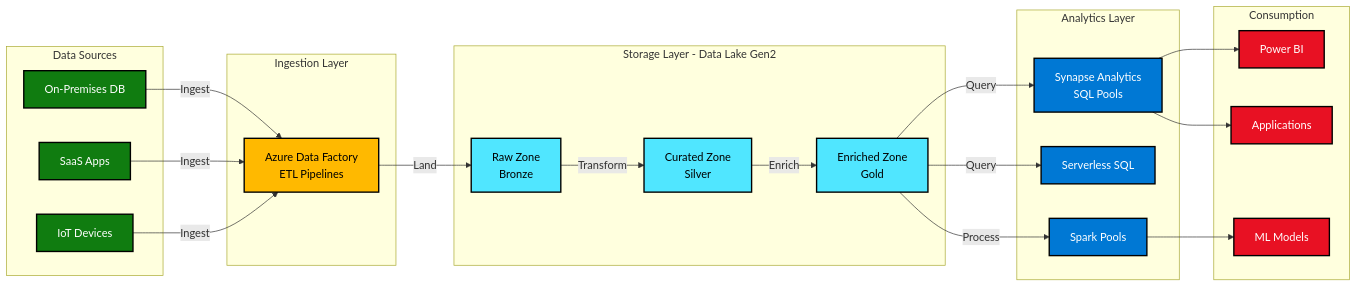
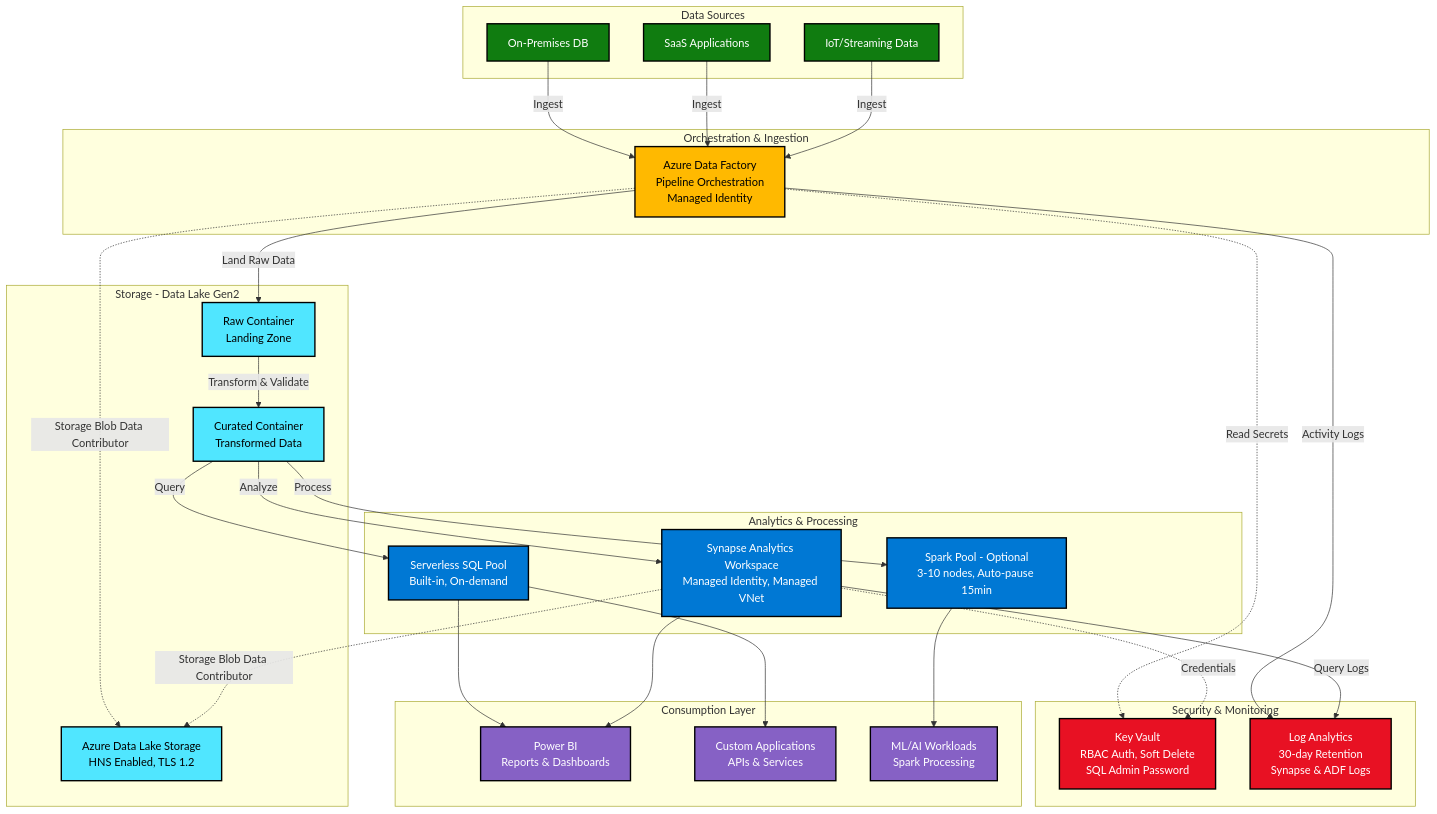
One commit to chrisdoofer/Azure-Infra-Demos changed the diagram in patterns/data-analytics-pipeline/architecture.mmd. Above: the diagram before and after it, drawn with Mermaid. The commit also changed 7 other files, not shown here.

First line of the commit message:
feat: Wave 4 — complete data-analytics-pipeline (8/8 patterns done!)

```diff
--- a/patterns/data-analytics-pipeline/architecture.mmd
+++ b/patterns/data-analytics-pipeline/architecture.mmd
@@ -1,56 +1,72 @@
-graph LR
+graph TB
     subgraph "Data Sources"
         SRC1[On-Premises DB]
-        SRC2[SaaS Apps]
-        SRC3[IoT Devices]
+        SRC2[SaaS Applications]
+        SRC3[IoT/Streaming Data]
     end
     
-    subgraph "Ingestion Layer"
-        ADF[Azure Data Factory<br/>ETL Pipelines]
+    subgraph "Orchestration & Ingestion"
+        ADF[Azure Data Factory<br/>Pipeline Orchestration<br/>Managed Identity]
     end
     
-    subgraph "Storage Layer - Data Lake Gen2"
-        RAW[Raw Zone<br/>Bronze]
-        CURATED[Curated Zone<br/>Silver]
-        ENRICHED[Enriched Zone<br/>Gold]
+    subgraph "Storage - Data Lake Gen2"
+        ADLS[Azure Data Lake Storage<br/>HNS Enabled, TLS 1.2]
+        RAW[Raw Container<br/>Landing Zone]
+        CURATED[Curated Container<br/>Transformed Data]
     end
     
-    subgraph "Analytics Layer"
-        SYNAPSE[Synapse Analytics<br/>SQL Pools]
-        SERVERLESS[Serverless SQL]
-        SPARK[Spark Pools]
+    subgraph "Analytics & Processing"
+        SYNAPSE[Synapse Analytics Workspace<br/>Managed Identity, Managed VNet]
+        SERVERLESS[Serverless SQL Pool<br/>Built-in, On-demand]
+        SPARK[Spark Pool - Optional<br/>3-10 nodes, Auto-pause 15min]
     end
     
-    subgraph "Consumption"
-        POWERBI[Power BI]
-        ML[ML Models]
-        APPS[Applications]
+    subgraph "Security & Monitoring"
+        KV[Key Vault<br/>RBAC Auth, Soft Delete<br/>SQL Admin Password]
+        LAW[Log Analytics<br/>30-day Retention<br/>Synapse & ADF Logs]
+    end
+    
+    subgraph "Consumption Layer"
+        POWERBI[Power BI<br/>Reports & Dashboards]
+        APPS[Custom Applications<br/>APIs & Services]
+        ML[ML/AI Workloads<br/>Spark Processing]
     end
     
     SRC1 -->|Ingest| ADF
     SRC2 -->|Ingest| ADF
     SRC3 -->|Ingest| ADF
     
-    ADF -->|Land| RAW
-    RAW -->|Transform| CURATED
-    CURATED -->|Enrich| ENRICHED
+    ADF -->|Land Raw Data| RAW
+    RAW -->|Transform & Validate| CURATED
     
-    ENRICHED -->|Query| SYNAPSE
-    ENRICHED -->|Query| SERVERLESS
-    ENRICHED -->|Process| SPARK
+    CURATED -->|Query| SERVERLESS
+    CURATED -->|Process| SPARK
+    CURATED -->|Analyze| SYNAPSE
     
+    SERVERLESS --> POWERBI
+    SERVERLESS --> APPS
+    SPARK --> ML
     SYNAPSE --> POWERBI
-    SYNAPSE --> APPS
-    SPARK --> ML
+    
+    ADF -.->|Read Secrets| KV
+    SYNAPSE -.->|Credentials| KV
+    
+    ADF -->|Activity Logs| LAW
+    SYNAPSE -->|Query Logs| LAW
+    
+    ADF -.->|Storage Blob Data Contributor| ADLS
+    SYNAPSE -.->|Storage Blob Data Contributor| ADLS
     
     classDef source fill:#107C10,stroke:#000,stroke-width:2px,color:#fff
-    classDef etl fill:#FFB900,stroke:#000,stroke-width:2px,color:#000
+    classDef orchestration fill:#FFB900,stroke:#000,stroke-width:2px,color:#000
     classDef storage fill:#50E6FF,stroke:#000,stroke-width:2px,color:#000
     classDef analytics fill:#0078D4,stroke:#000,stroke-width:2px,color:#fff
-    classDef consume fill:#E81123,stroke:#000,stroke-width:2px,color:#fff
+    classDef security fill:#E81123,stroke:#000,stroke-width:2px,color:#fff
+    classDef consume fill:#8661C5,stroke:#000,stroke-width:2px,color:#fff
     
     class SRC1,SRC2,SRC3 source
-    class ADF etl
-    class RAW,CURATED,ENRICHED storage
+    class ADF orchestration
+    class ADLS,RAW,CURATED storage
     class SYNAPSE,SERVERLESS,SPARK analytics
-    class POWERBI,ML,APPS consume
+    class KV,LAW security
+    class POWERBI,APPS,ML consume
```
